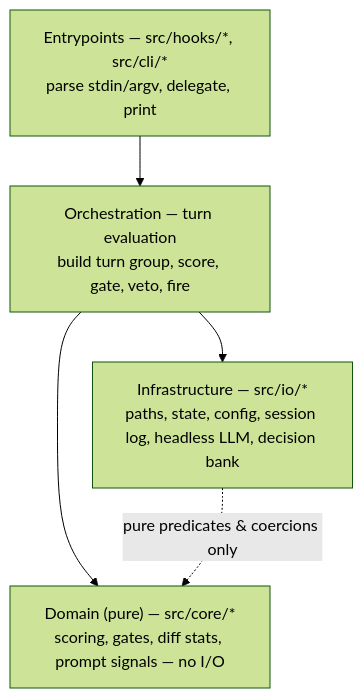
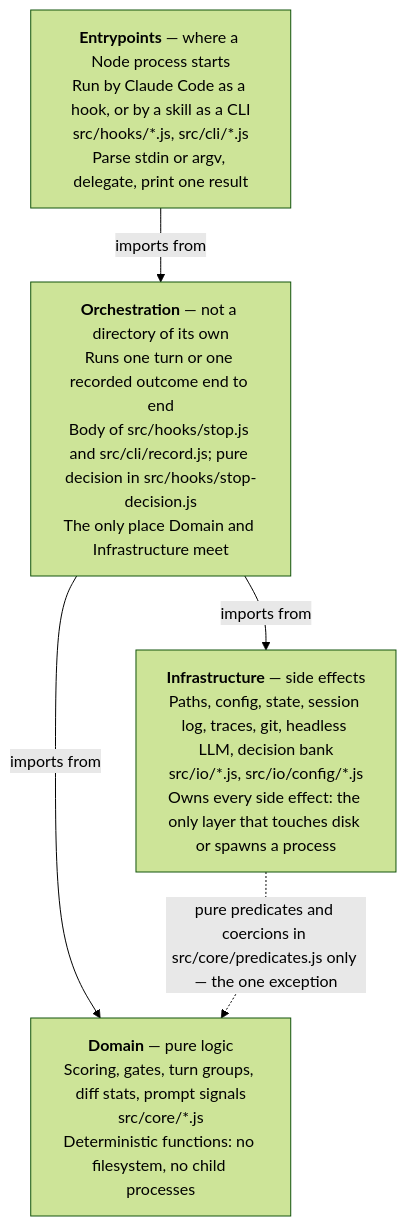
One commit to marcindobrzynski-dev/stoic-stack-plugin changed the diagram in thoughts/shared/.project/architecture.md. Above: the diagram before and after it, drawn with Mermaid (forest theme). The commit also changed other lines of this file and 109 other files, not shown here.

````diff
--- a/thoughts/shared/.project/architecture.md
+++ b/thoughts/shared/.project/architecture.md
@@ -64,9 +75,11 @@
 ```mermaid
 graph TD
-    E["Entrypoints — src/hooks/*, src/cli/*<br/>parse stdin/argv, delegate, print"] --> O
-    O["Orchestration — turn evaluation<br/>build turn group, score, gate, veto, fire"] --> D
-    O --> I
-    D["Domain (pure) — src/core/*<br/>scoring, gates, diff stats, prompt signals — no I/O"]
-    I["Infrastructure — src/io/*<br/>paths, state, config, session log, headless LLM, decision bank"]
-    I -. "pure predicates & coercions only" .-> D
+    E["<b>Entrypoints</b> — where a Node process starts<br/>Run by Claude Code as a hook, or by a skill as a CLI<br/>src/hooks/*.js, src/cli/*.js<br/>Parse stdin or argv, delegate, print one result"]
+    O["<b>Orchestration</b> — not a directory of its own<br/>Runs one turn or one recorded outcome end to end<br/>Body of src/hooks/stop.js and src/cli/record.js; pure decision in src/hooks/stop-decision.js<br/>The only place Domain and Infrastructure meet"]
+    D["<b>Domain</b> — pure logic<br/>Scoring, gates, turn groups, diff stats, prompt signals<br/>src/core/*.js<br/>Deterministic functions: no filesystem, no child processes"]
+    I["<b>Infrastructure</b> — side effects<br/>Paths, config, state, session log, traces, git, headless LLM, decision bank<br/>src/io/*.js, src/io/config/*.js<br/>Owns every side effect: the only layer that touches disk or spawns a process"]
+    E -- "imports from" --> O
+    O -- "imports from" --> D
+    O -- "imports from" --> I
+    I -. "pure predicates and coercions in src/core/predicates.js only — the one exception" .-> D
 ```
````
